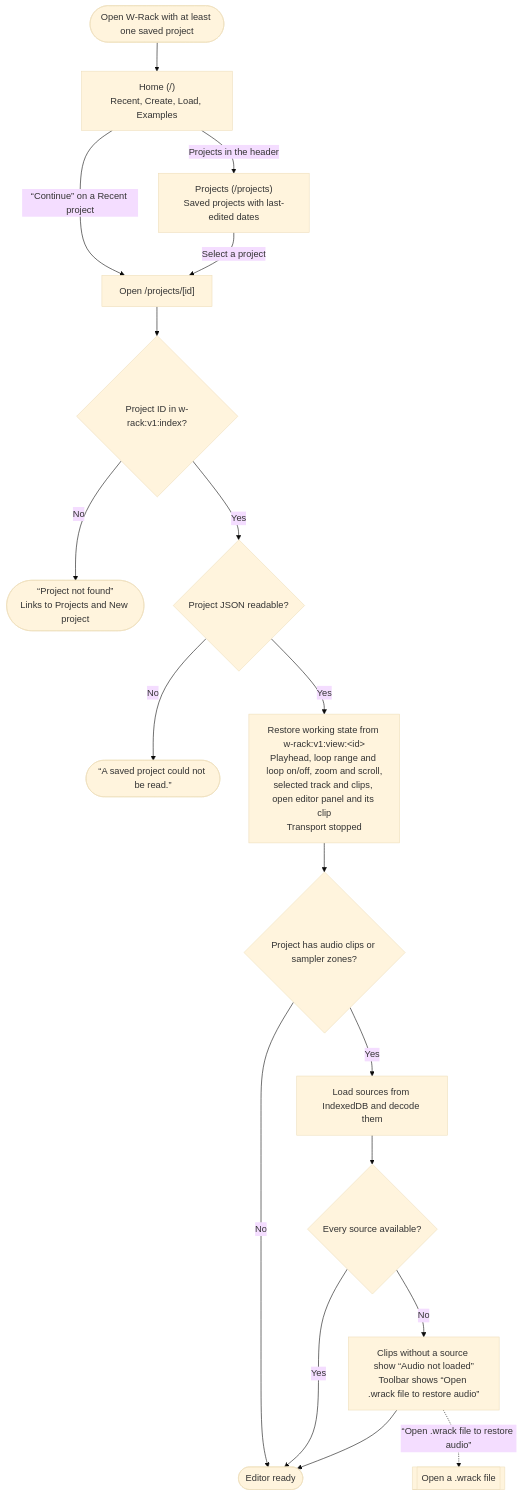
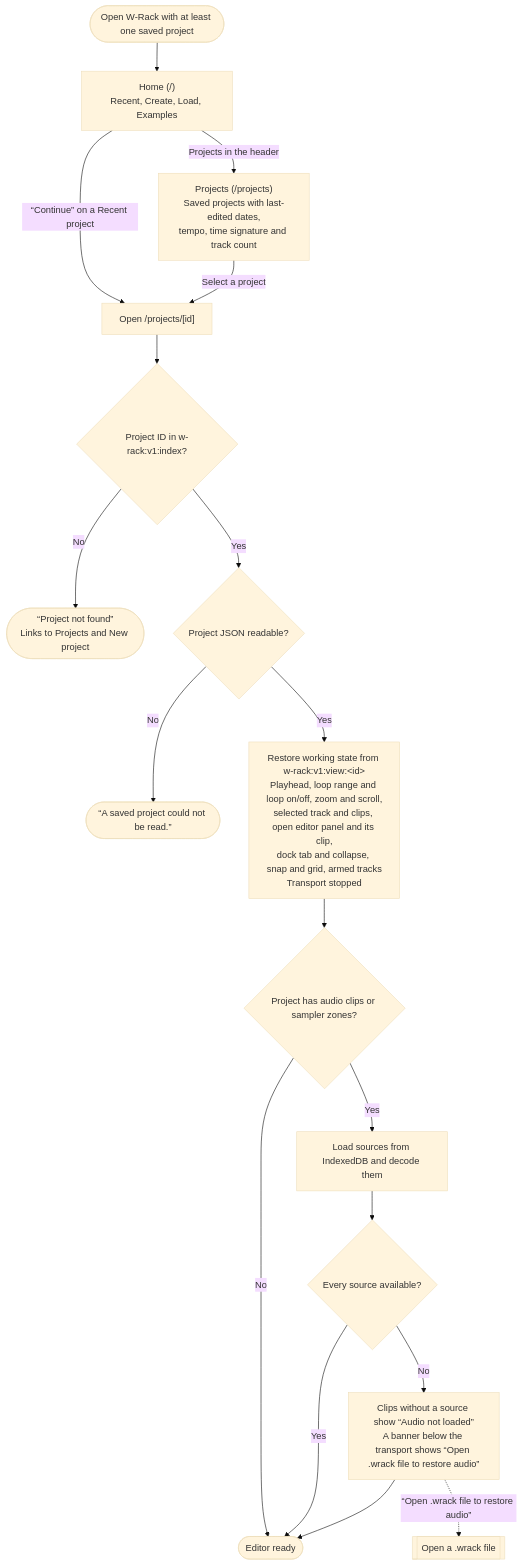
The third of 10 diagrams in README.md (victor-almaraz/mpcs-51238-assignment-3), drawn with Mermaid (base theme) before and after one commit. The commit also changed other lines of this file and 26 other files, not shown here.

````diff
--- a/README.md
+++ b/README.md
@@ -62,20 +62,20 @@
 ```mermaid
 flowchart TD
   rv_start(["Open W-Rack with at least one saved project"]) --> rv_home["Home (/)<br/>Recent, Create, Load, Examples"]
   rv_home -->|"“Continue” on a Recent project"| rv_route
-  rv_home -->|"Projects in the header"| rv_list["Projects (/projects)<br/>Saved projects with last-edited dates"]
+  rv_home -->|"Projects in the header"| rv_list["Projects (/projects)<br/>Saved projects with last-edited dates,<br/>tempo, time signature and track count"]
   rv_list -->|"Select a project"| rv_route["Open /projects/[id]"]
   rv_route --> rv_exists{"Project ID in w-rack:v1:index?"}
   rv_exists -->|"No"| rv_missing(["“Project not found”<br/>Links to Projects and New project"])
   rv_exists -->|"Yes"| rv_read{"Project JSON readable?"}
   rv_read -->|"No"| rv_bad(["“A saved project could not be read.”"])
-  rv_read -->|"Yes"| rv_view["Restore working state from w-rack:v1:view:#lt;id#gt;<br/>Playhead, loop range and loop on/off, zoom and scroll,<br/>selected track and clips, open editor panel and its clip<br/>Transport stopped"]
+  rv_read -->|"Yes"| rv_view["Restore working state from w-rack:v1:view:#lt;id#gt;<br/>Playhead, loop range and loop on/off, zoom and scroll,<br/>selected track and clips, open editor panel and its clip,<br/>dock tab and collapse, snap and grid, armed tracks<br/>Transport stopped"]
   rv_view --> rv_audio{"Project has audio clips or sampler zones?"}
   rv_audio -->|"No"| rv_ready(["Editor ready"])
   rv_audio -->|"Yes"| rv_decode["Load sources from IndexedDB and decode them"]
   rv_decode --> rv_all{"Every source available?"}
   rv_all -->|"Yes"| rv_ready
-  rv_all -->|"No"| rv_notloaded["Clips without a source show “Audio not loaded”<br/>Toolbar shows “Open .wrack file to restore audio”"]
+  rv_all -->|"No"| rv_notloaded["Clips without a source show “Audio not loaded”<br/>A banner below the transport shows “Open .wrack file to restore audio”"]
   rv_notloaded --> rv_ready
   rv_notloaded -.->|"“Open .wrack file to restore audio”"| rv_open[["Open a .wrack file"]]
 ```
````
